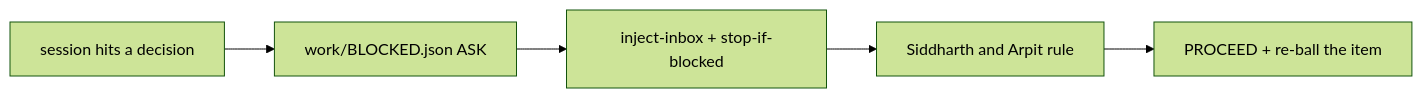
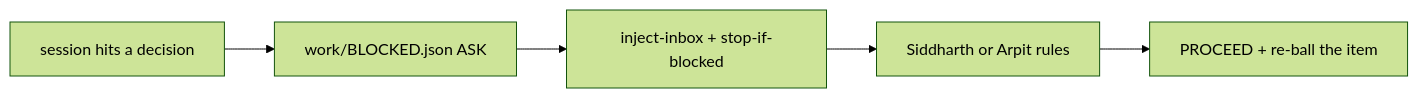
One commit to arpitarya/pdf-testing-suite changed the diagram in records/0056_WORK-blockers.md. Above: the diagram before and after it, drawn with Mermaid (forest theme). The commit also changed other lines of this file and 16 other files, not shown here.

First line of the commit message:
work system: deciders are Siddharth or Arpit, either one rules alone

````diff
--- a/records/0056_WORK-blockers.md
+++ b/records/0056_WORK-blockers.md
@@ -27,7 +30,7 @@
 ```mermaid
 flowchart LR
     S["session hits a decision"] --> B["work/BLOCKED.json ASK"]
     B --> H["inject-inbox + stop-if-blocked"]
-    H --> D["Siddharth and Arpit rule"]
+    H --> D["Siddharth or Arpit rules"]
     D --> P["PROCEED + re-ball the item"]
 ```
````
